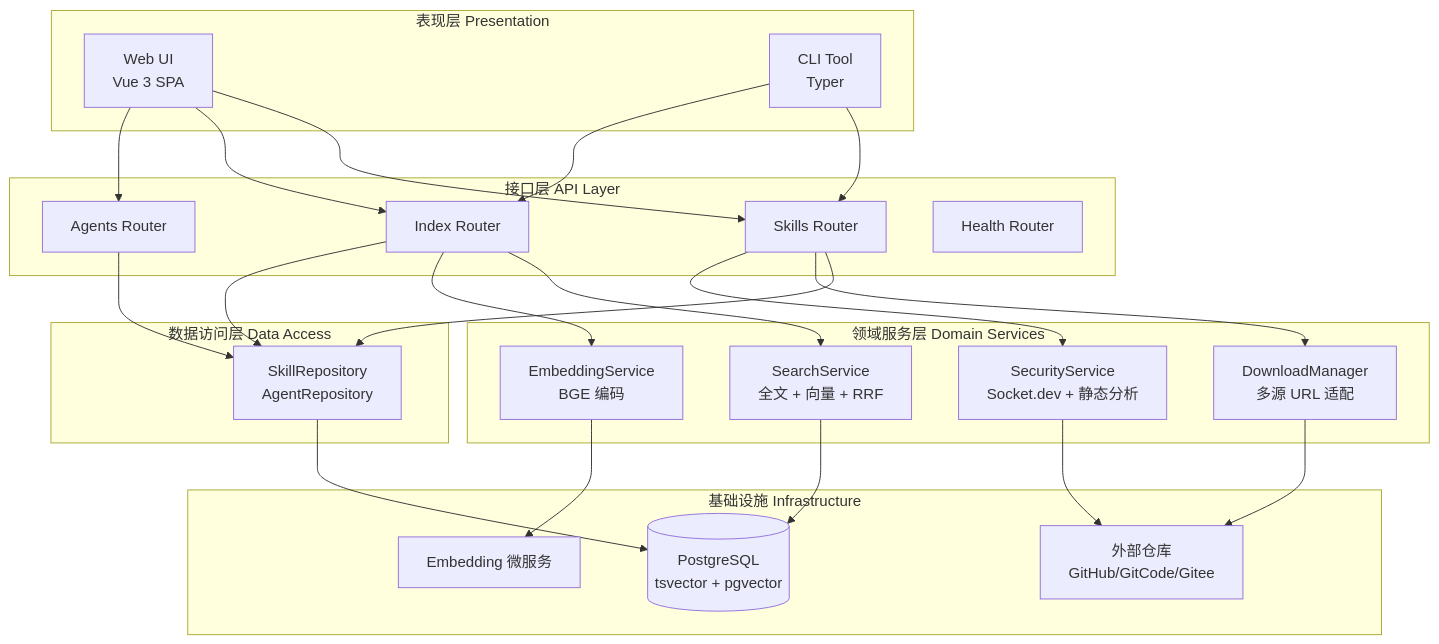
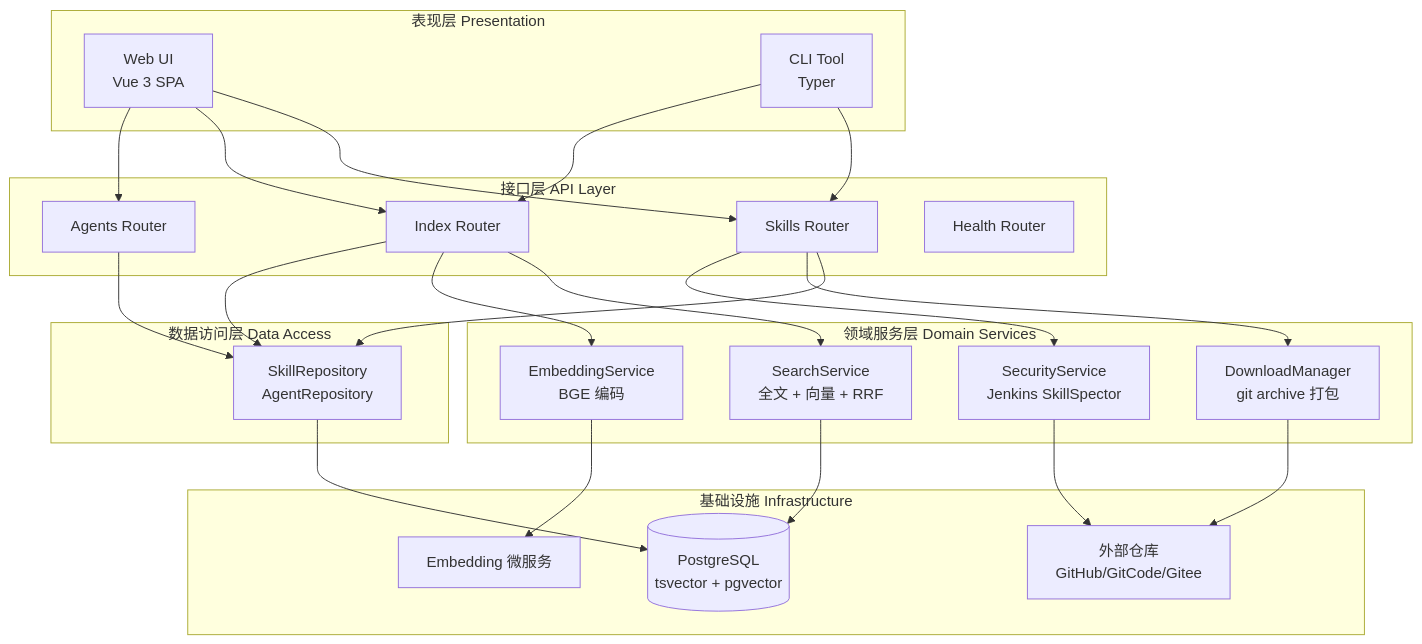
Before and after one commit to openeuler-mirror/wittyhub: the second of 9 diagrams in doc/design/wittyhub-implementation-plan.md, drawn with Mermaid. The commit also changed other lines of this file and 1 other file, not shown here.

````diff
--- a/doc/design/wittyhub-implementation-plan.md
+++ b/doc/design/wittyhub-implementation-plan.md
@@ -103,42 +103,42 @@
 ```mermaid
 graph TB
     subgraph 表现层 Presentation
         WEB[Web UI<br/>Vue 3 SPA]
         CLI[CLI Tool<br/>Typer]
     end
 
     subgraph 接口层 API Layer
         SKR[Skills Router]
         AGR[Agents Router]
         IXR[Index Router]
         HLR[Health Router]
     end
 
     subgraph 领域服务层 Domain Services
         SRCH[SearchService<br/>全文 + 向量 + RRF]
         EMBS[EmbeddingService<br/>BGE 编码]
-        DLM[DownloadManager<br/>多源 URL 适配]
-        SEC[SecurityService<br/>Socket.dev + 静态分析]
+        DLM[DownloadManager<br/>git archive 打包]
+        SEC[SecurityService<br/>Jenkins SkillSpector]
     end
 
     subgraph 数据访问层 Data Access
         REPO[SkillRepository<br/>AgentRepository]
     end
 
     subgraph 基础设施 Infrastructure
         PG[(PostgreSQL<br/>tsvector + pgvector)]
         EXT[外部仓库<br/>GitHub/GitCode/Gitee]
         EMBSVC[Embedding 微服务]
     end
 
     WEB --> SKR & IXR & AGR
     CLI --> SKR & IXR
     SKR --> REPO & DLM & SEC
     IXR --> SRCH & EMBS & REPO
     AGR --> REPO
     SRCH --> PG
     EMBS --> EMBSVC
     REPO --> PG
     DLM --> EXT
     SEC --> EXT
 ```
````
